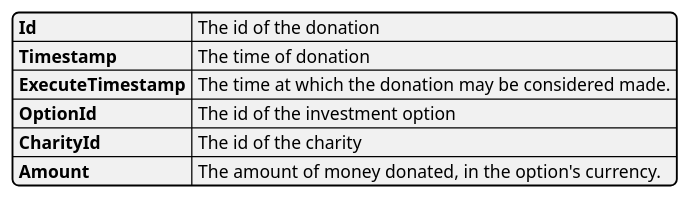
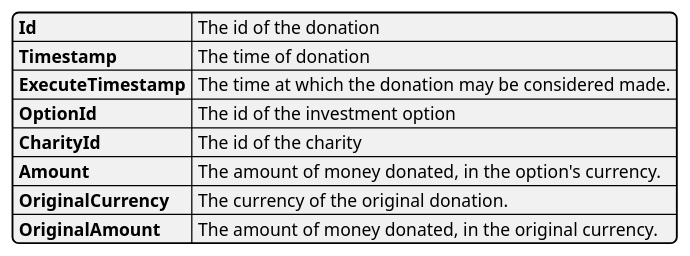
One commit to joost-morsink/FF-admin-module changed the diagram in wiki/models/donations.md. Above: the diagram before and after it, drawn with PlantUML. The commit also changed 22 other files, not shown here.

````diff
--- a/wiki/models/donations.md
+++ b/wiki/models/donations.md
@@ -10,10 +10,12 @@
 ```plantuml
 @startyaml
 Id: The id of the donation
 Timestamp: The time of donation
 ExecuteTimestamp: The time at which the donation may be considered made.
 OptionId: The id of the investment option
 CharityId: The id of the charity
 Amount: The amount of money donated, in the option's currency.
+OriginalCurrency: The currency of the original donation.
+OriginalAmount: The amount of money donated, in the original currency.
 @endtyaml
 ```
````
